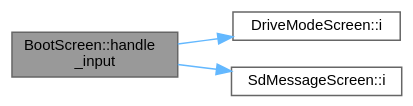
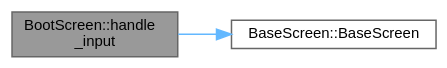
Before and after one commit to Safecast/bGeigieZen: the diagram in designs/graphs/docbook/class_boot_screen_a1d605b7d6ed086214a7f1a0bcd3d1fe2_cgraph.dot, drawn with Graphviz. The commit also changed 5299 other files, not shown here.

```diff
--- a/designs/graphs/docbook/class_boot_screen_a1d605b7d6ed086214a7f1a0bcd3d1fe2_cgraph.dot
+++ b/designs/graphs/docbook/class_boot_screen_a1d605b7d6ed086214a7f1a0bcd3d1fe2_cgraph.dot
@@ -1,13 +1,11 @@
 digraph "BootScreen::handle_input"
 {
  // LATEX_PDF_SIZE
   bgcolor="transparent";
   edge [fontname=Helvetica,fontsize=10,labelfontname=Helvetica,labelfontsize=10];
   node [fontname=Helvetica,fontsize=10,shape=box,height=0.2,width=0.4];
   rankdir="LR";
   Node1 [id="Node000001",label="BootScreen::handle\l_input",height=0.2,width=0.4,color="gray40", fillcolor="grey60", style="filled", fontcolor="black",tooltip=" "];
-  Node1 -> Node2 [id="edge3_Node000001_Node000002",color="steelblue1",style="solid",tooltip=" "];
-  Node2 [id="Node000002",label="DriveModeScreen::i",height=0.2,width=0.4,color="grey40", fillcolor="white", style="filled",URL="$class_drive_mode_screen.html#ab1d30e84b76d85f1cfb6e5b6910d12b1",tooltip=" "];
-  Node1 -> Node3 [id="edge4_Node000001_Node000003",color="steelblue1",style="solid",tooltip=" "];
-  Node3 [id="Node000003",label="SdMessageScreen::i",height=0.2,width=0.4,color="grey40", fillcolor="white", style="filled",URL="$class_sd_message_screen.html#a1810a30f7d0d442372b5dce985956a19",tooltip=" "];
+  Node1 -> Node2 [id="edge2_Node000001_Node000002",color="steelblue1",style="solid",tooltip=" "];
+  Node2 [id="Node000002",label="BaseScreen::BaseScreen",height=0.2,width=0.4,color="grey40", fillcolor="white", style="filled",URL="$class_base_screen.html#a2e28e5b4ef3027c3c4392dfb4a6c3ff8",tooltip=" "];
 }
```
